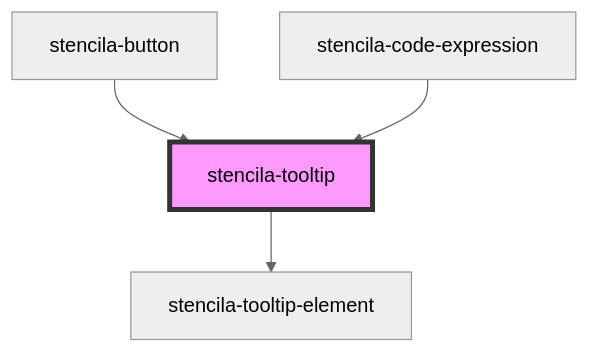
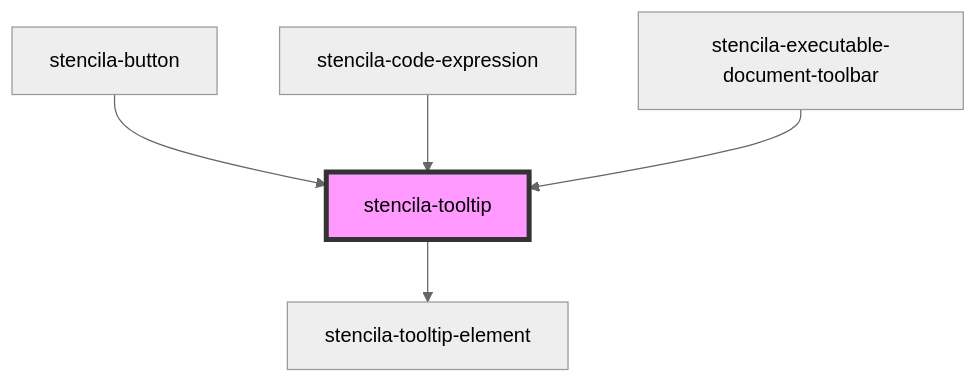
Before and after one commit to stencila/designa: the diagram in packages/components/src/components/tooltip/readme.md, drawn with Mermaid (neutral theme). The commit also changed other lines of this file and 20 other files, not shown here.

````diff
--- a/packages/components/src/components/tooltip/readme.md
+++ b/packages/components/src/components/tooltip/readme.md
@@ -27,7 +28,8 @@
 ```mermaid
 graph TD;
   stencila-tooltip --> stencila-tooltip-element
   stencila-button --> stencila-tooltip
   stencila-code-expression --> stencila-tooltip
+  stencila-executable-document-toolbar --> stencila-tooltip
   style stencila-tooltip fill:#f9f,stroke:#333,stroke-width:4px
 ```
````
